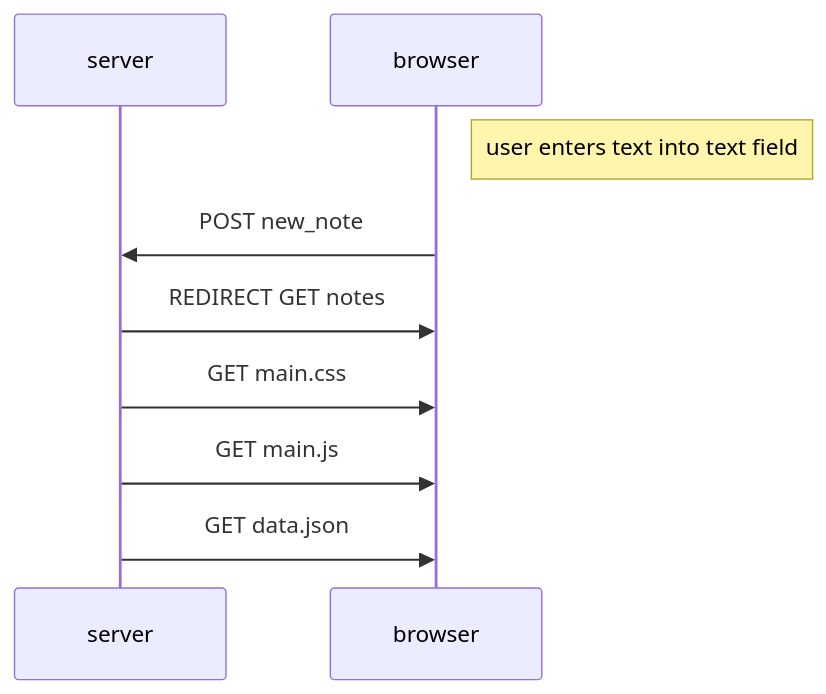
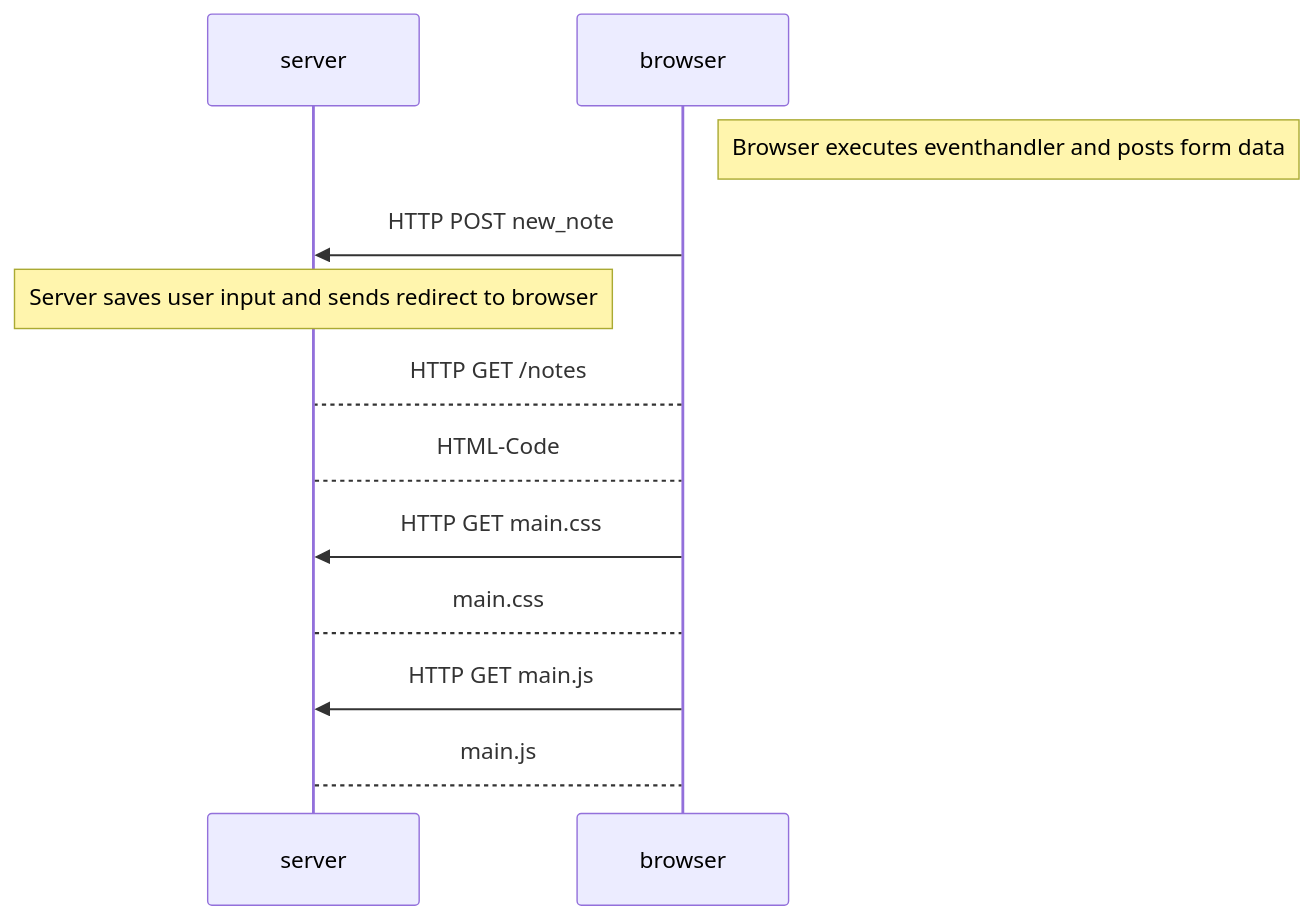
One commit to mathiasfroehlich/fullstackopen-course changed the diagram in part0/new_note.md. Above: the diagram before and after it, drawn with Mermaid.

````diff
--- a/part0/new_note.md
+++ b/part0/new_note.md
@@ -3,11 +3,14 @@
 ```mermaid
 sequenceDiagram
     participant server
     participant browser
-    Note right of browser: user enters text into text field
-    browser->>server: POST new_note 
-    server->>browser: REDIRECT GET notes
-    server->>browser: GET main.css
-    server->>browser: GET main.js 
-    server->>browser: GET data.json
+    Note right of browser: Browser executes eventhandler and posts form data
+    browser->>server: HTTP POST new_note 
+    Note over server: Server saves user input and sends redirect to browser
+    browser-->server: HTTP GET /notes
+    server-->browser: HTML-Code
+    browser->>server: HTTP GET main.css
+    server-->browser: main.css 
+    browser->>server: HTTP GET main.js 
+    server-->browser: main.js
 ```
````
